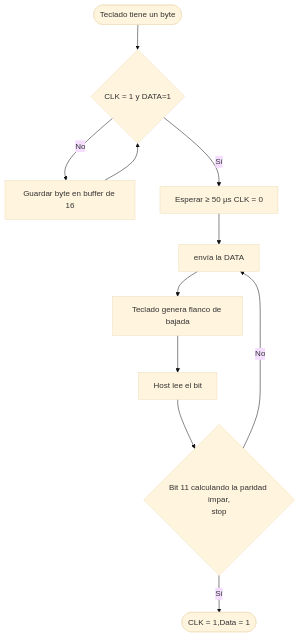
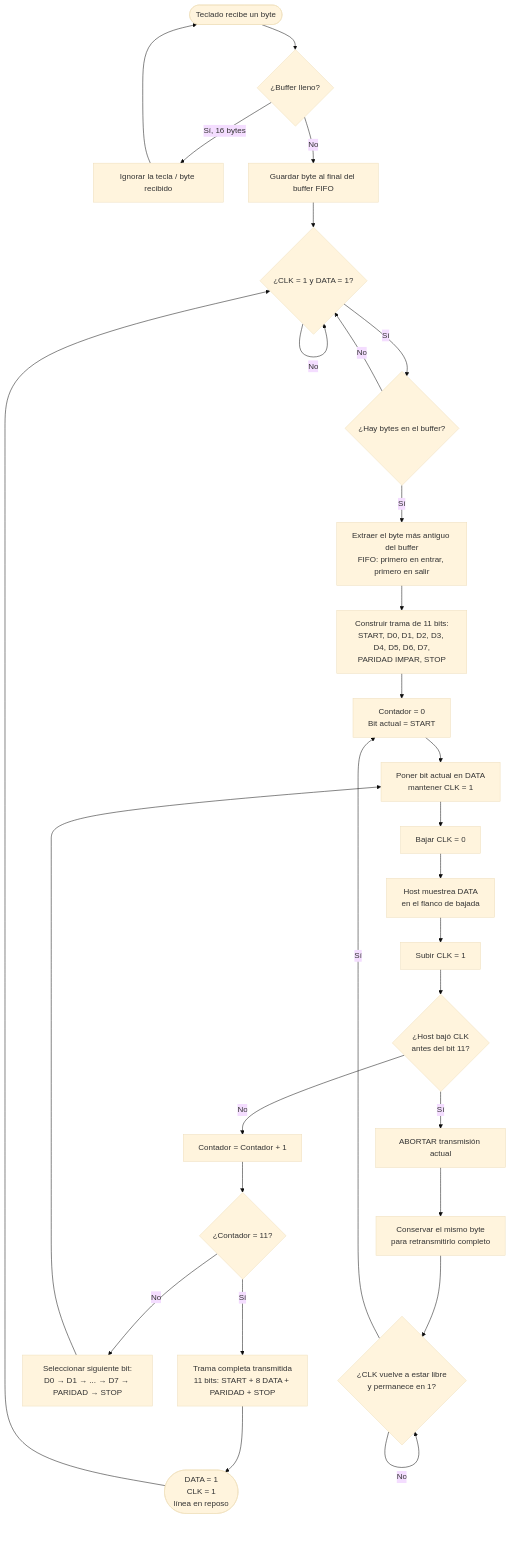
The first of 2 diagrams in diagramas/Diagramas.md (KUBIX2026/PS2_keyboard), drawn with Mermaid (base theme) before and after one commit.

````diff
--- a/diagramas/Diagramas.md
+++ b/diagramas/Diagramas.md
@@ -3,13 +3,31 @@
 ```mermaid
 flowchart
-    A([Teclado tiene un byte]) --> B{CLK = 1 y DATA=1}
-    B -- No --> C[Guardar byte en buffer de 16]
-    C --> B
-    B -- Sí --> D[Esperar ≥ 50 µs CLK = 0]
-    D --> E[envía la DATA]
-    E --> F[Teclado genera flanco de bajada]
-    F --> G[Host lee el bit]
-    G --> H{Bit 11 calculando la paridad impar,<br/>stop}
-    H -- No --> E
-    H -- Sí --> I([CLK = 1,Data = 1])
+    A([Teclado recibe un byte]) --> B{¿Buffer lleno?}
+    B -- Sí, 16 bytes --> C[Ignorar la tecla / byte recibido]
+    C --> A
+    B -- No --> D[Guardar byte al final del buffer FIFO]
+    D --> E{¿CLK = 1 y DATA = 1?}
+    E -- No --> E
+    E -- Sí --> F{¿Hay bytes en el buffer?}
+    F -- No --> E
+    F -- Sí --> G[Extraer el byte más antiguo del buffer<br/>FIFO: primero en entrar, primero en salir]
+    G --> H[Construir trama de 11 bits:<br/>START, D0, D1, D2, D3, D4, D5, D6, D7,<br/>PARIDAD IMPAR, STOP]
+    H --> I[Contador = 0<br/>Bit actual = START]
+    I --> J[Poner bit actual en DATA<br/>mantener CLK = 1]
+    J --> K[Bajar CLK = 0]
+    K --> L[Host muestrea DATA<br/>en el flanco de bajada]
+    L --> M[Subir CLK = 1]
+    M --> N{¿Host bajó CLK<br/>antes del bit 11?}
+    N -- Sí --> O[ABORTAR transmisión actual]
+    O --> P[Conservar el mismo byte<br/>para retransmitirlo completo]
+    P --> Q{¿CLK vuelve a estar libre<br/>y permanece en 1?}
+    Q -- No --> Q
+    Q -- Sí --> I
+    N -- No --> R[Contador = Contador + 1]
+    R --> S{¿Contador = 11?}
+    S -- No --> T[Seleccionar siguiente bit:<br/>D0 → D1 → ... → D7 → PARIDAD → STOP]
+    T --> J
+    S -- Sí --> U[Trama completa transmitida<br/>11 bits: START + 8 DATA + PARIDAD + STOP]
+    U --> V([DATA = 1<br/>CLK = 1<br/>línea en reposo])
+    V --> E
 ```
````
